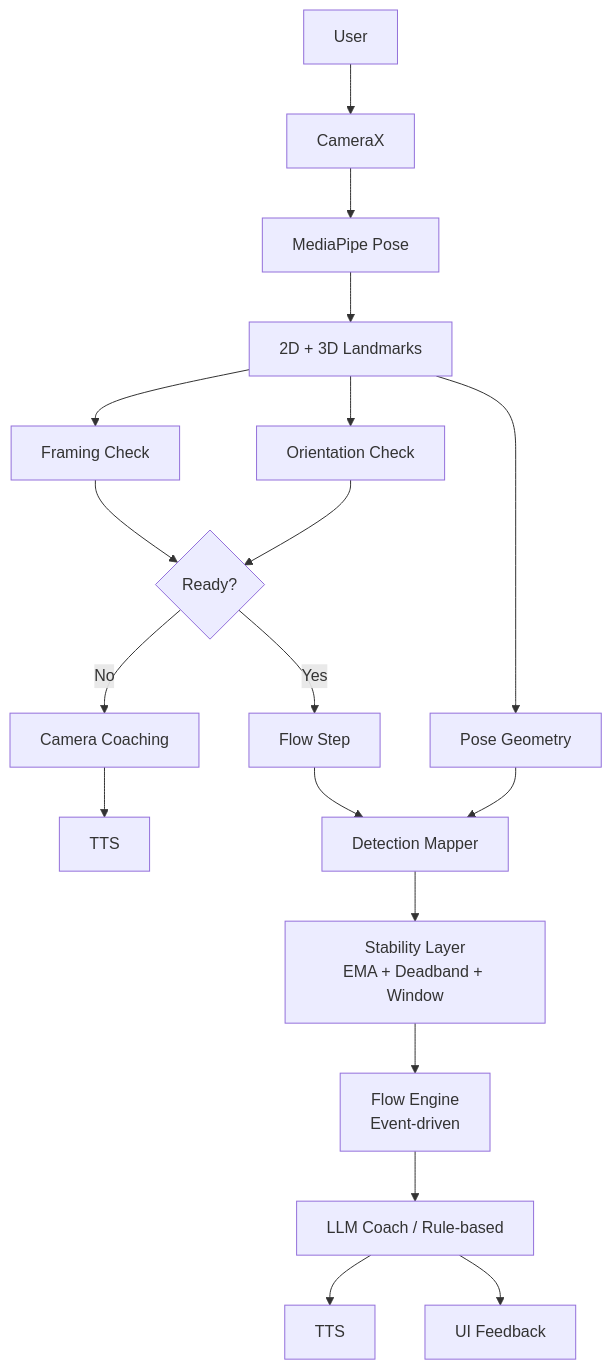
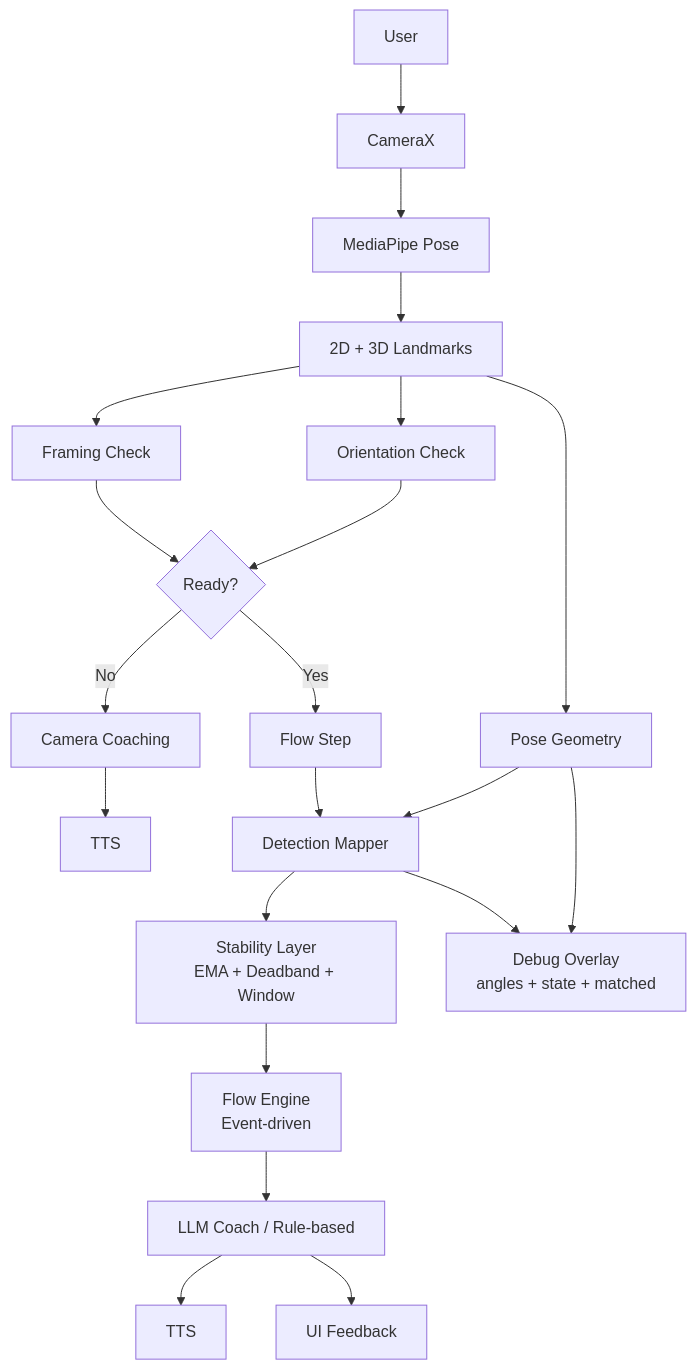
The diagram in README.md (WangChengYeh/Yoga), drawn with Mermaid before and after one commit. The commit also changed other lines of this file, not shown here.

Commit message:
Document debug overlay

````diff
--- a/README.md
+++ b/README.md
@@ -25,31 +26,33 @@
 ```mermaid
 flowchart TD
     User[User] --> Camera[CameraX]
     Camera --> Pose[MediaPipe Pose]
 
     Pose --> Landmarks[2D + 3D Landmarks]
 
     Landmarks --> Framing[Framing Check]
     Landmarks --> Orientation[Orientation Check]
     Landmarks --> Geometry[Pose Geometry]
 
     Framing --> Gate{Ready?}
     Orientation --> Gate
 
     Gate -- No --> Setup[Camera Coaching]
     Setup --> Voice1[TTS]
 
     Gate -- Yes --> Flow[Flow Step]
 
     Flow --> Mapper[Detection Mapper]
     Geometry --> Mapper
 
     Mapper --> Stability[Stability Layer\nEMA + Deadband + Window]
 
     Stability --> Engine[Flow Engine\nEvent-driven]
 
     Engine --> Coach[LLM Coach / Rule-based]
 
     Coach --> Voice2[TTS]
     Coach --> UI[UI Feedback]
+    Geometry --> Debug[Debug Overlay\nangles + state + matched]
+    Mapper --> Debug
 ```
````
